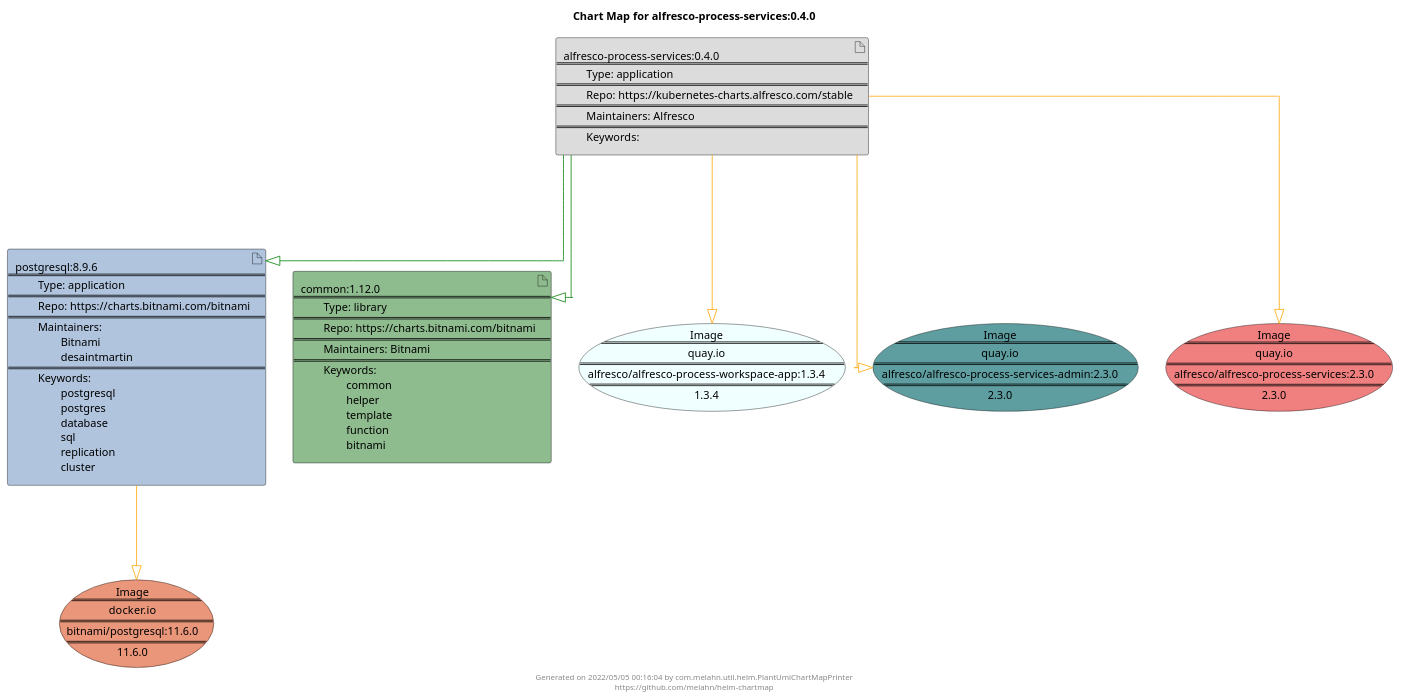
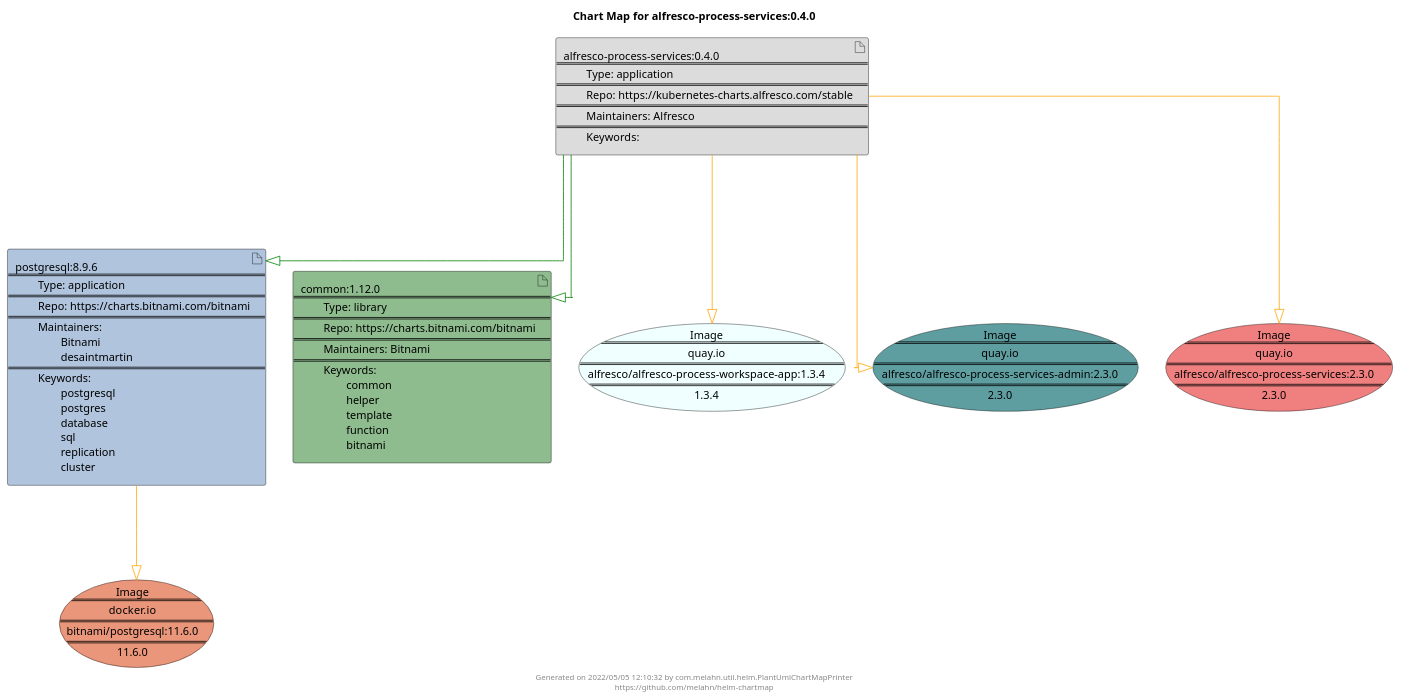
One commit to melahn/helm-chartmap changed the diagram in docs/alfresco-process-services/alfresco-process-services-0.4.0.puml. Above: the diagram before and after it, drawn with PlantUML. The commit also changed 62 other files, not shown here.

Commit message:
Update Example Chart Maps as part of GitHub build

```diff
--- a/docs/alfresco-process-services/alfresco-process-services-0.4.0.puml
+++ b/docs/alfresco-process-services/alfresco-process-services-0.4.0.puml
@@ -1,31 +1,31 @@
 @startuml
 skinparam linetype ortho
 skinparam backgroundColor white
 skinparam usecaseBorderColor black
 skinparam usecaseArrowColor LightSlateGray
 skinparam artifactBorderColor black
 skinparam artifactArrowColor LightSlateGray
 
 title Chart Map for alfresco-process-services:0.4.0
 
 'There are 3 referenced Helm Charts
 artifact "alfresco-process-services:0.4.0\n====\n\tType: application\n====\n\tRepo: https://kubernetes-charts.alfresco.com/stable\n====\n\tMaintainers: Alfresco\n====\n\tKeywords: " as alfresco_process_services_0_4_0 #Gainsboro
 artifact "postgresql:8.9.6\n====\n\tType: application\n====\n\tRepo: https://charts.bitnami.com/bitnami\n====\n\tMaintainers: \n\t\tBitnami\n\t\tdesaintmartin\n====\n\tKeywords: \n\t\tpostgresql\n\t\tpostgres\n\t\tdatabase\n\t\tsql\n\t\treplication\n\t\tcluster" as postgresql_8_9_6 #LightSteelBlue
 artifact "common:1.12.0\n====\n\tType: library\n====\n\tRepo: https://charts.bitnami.com/bitnami\n====\n\tMaintainers: Bitnami\n====\n\tKeywords: \n\t\tcommon\n\t\thelper\n\t\ttemplate\n\t\tfunction\n\t\tbitnami" as common_1_12_0 #DarkSeaGreen
 
 'There are 4 referenced Docker Images
 usecase "Image\n====\nquay.io\n====\nalfresco/alfresco-process-workspace-app:1.3.4\n====\n1.3.4" as quay_io_alfresco_alfresco_process_workspace_app_1_3_4 #Azure
 usecase "Image\n====\nquay.io\n====\nalfresco/alfresco-process-services-admin:2.3.0\n====\n2.3.0" as quay_io_alfresco_alfresco_process_services_admin_2_3_0 #CadetBlue
 usecase "Image\n====\ndocker.io\n====\nbitnami/postgresql:11.6.0\n====\n11.6.0" as docker_io_bitnami_postgresql_11_6_0 #DarkSalmon
 usecase "Image\n====\nquay.io\n====\nalfresco/alfresco-process-services:2.3.0\n====\n2.3.0" as quay_io_alfresco_alfresco_process_services_2_3_0 #LightCoral
 
 'Chart Dependencies
+alfresco_process_services_0_4_0--[#green]-|>postgresql_8_9_6
 alfresco_process_services_0_4_0--[#green]-|>common_1_12_0
-alfresco_process_services_0_4_0--[#green]-|>postgresql_8_9_6
 alfresco_process_services_0_4_0--[#orange]-|>quay_io_alfresco_alfresco_process_services_admin_2_3_0
 alfresco_process_services_0_4_0--[#orange]-|>quay_io_alfresco_alfresco_process_workspace_app_1_3_4
 alfresco_process_services_0_4_0--[#orange]-|>quay_io_alfresco_alfresco_process_services_2_3_0
 postgresql_8_9_6--[#orange]-|>docker_io_bitnami_postgresql_11_6_0
 
-center footer Generated on 2022/05/05 00:16:04 by com.melahn.util.helm.PlantUmlChartMapPrinter\nhttps://github.com/melahn/helm-chartmap
+center footer Generated on 2022/05/05 12:10:32 by com.melahn.util.helm.PlantUmlChartMapPrinter\nhttps://github.com/melahn/helm-chartmap
 @enduml
```
